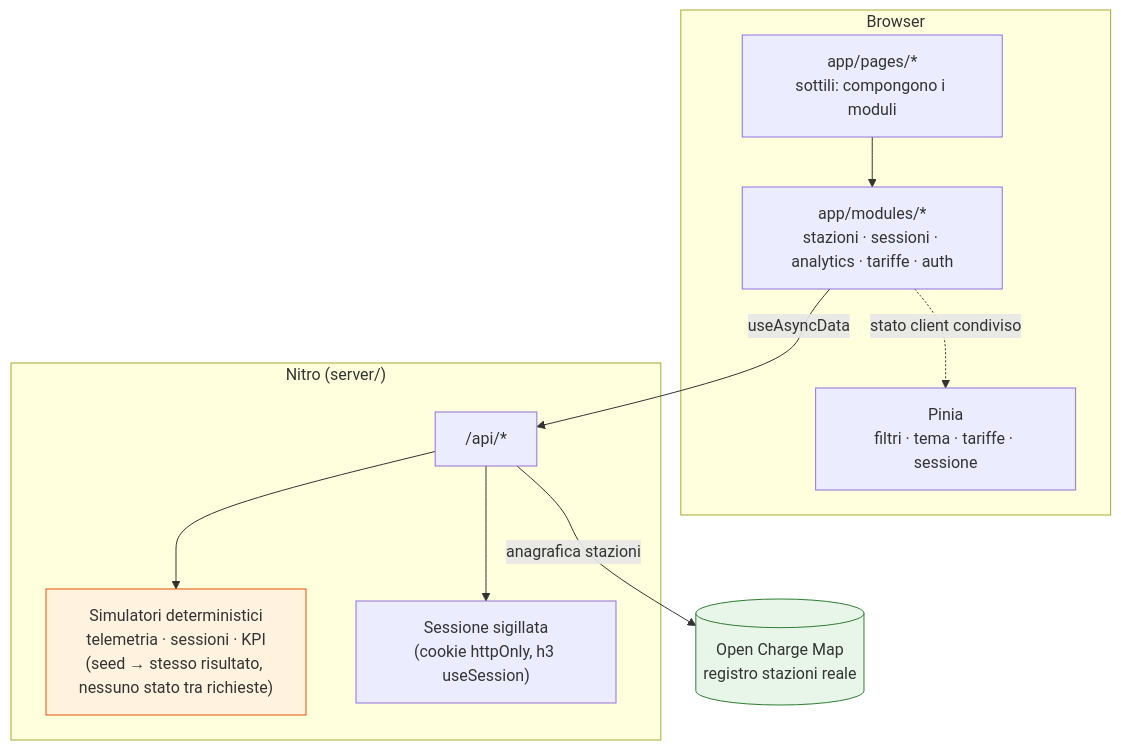
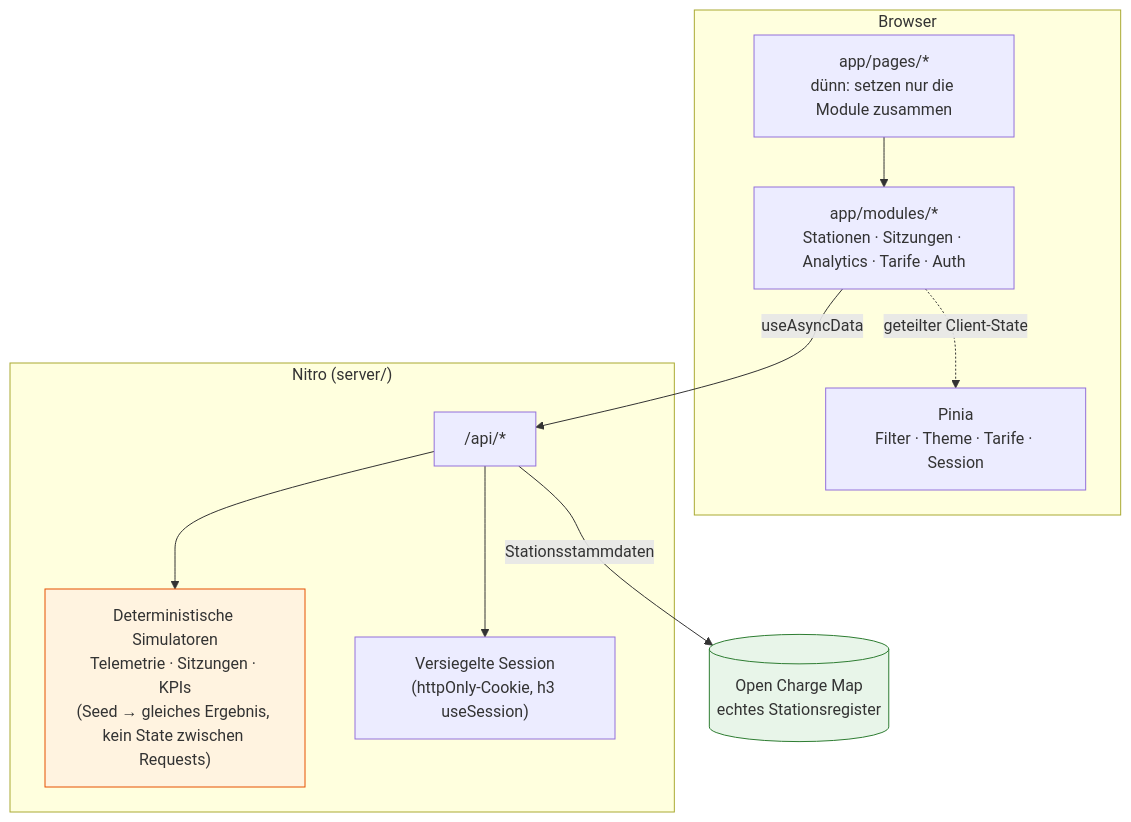
The diagram in README.md (MihaelaAghirculesei/ChargeHub), drawn with Mermaid before and after one commit. The commit also changed other lines of this file, not shown here.

````diff
--- a/README.md
+++ b/README.md
@@ -29,26 +31,26 @@
 ```mermaid
 flowchart TB
     subgraph Client["Browser"]
-        Pages["app/pages/*<br/>sottili: compongono i moduli"]
-        Modules["app/modules/*<br/>stazioni · sessioni · analytics · tariffe · auth"]
-        Pinia["Pinia<br/>filtri · tema · tariffe · sessione"]
+        Pages["app/pages/*<br/>dünn: setzen nur die Module zusammen"]
+        Modules["app/modules/*<br/>Stationen · Sitzungen · Analytics · Tarife · Auth"]
+        Pinia["Pinia<br/>Filter · Theme · Tarife · Session"]
         Pages --> Modules
-        Modules -.->|stato client condiviso| Pinia
+        Modules -.->|geteilter Client-State| Pinia
     end
 
     subgraph Server["Nitro (server/)"]
         API["/api/*"]
-        Simulators["Simulatori deterministici<br/>telemetria · sessioni · KPI<br/>(seed → stesso risultato, nessuno stato tra richieste)"]
-        Session["Sessione sigillata<br/>(cookie httpOnly, h3 useSession)"]
+        Simulators["Deterministische Simulatoren<br/>Telemetrie · Sitzungen · KPIs<br/>(Seed → gleiches Ergebnis, kein State zwischen Requests)"]
+        Session["Versiegelte Session<br/>(httpOnly-Cookie, h3 useSession)"]
         API --> Simulators
         API --> Session
     end
 
-    OCM[("Open Charge Map<br/>registro stazioni reale")]
+    OCM[("Open Charge Map<br/>echtes Stationsregister")]
 
     Modules -->|useAsyncData| API
-    API -->|anagrafica stazioni| OCM
+    API -->|Stationsstammdaten| OCM
 
     style OCM fill:#e8f5e9,stroke:#2e7d32
     style Simulators fill:#fff3e0,stroke:#e65100
 ```
````
